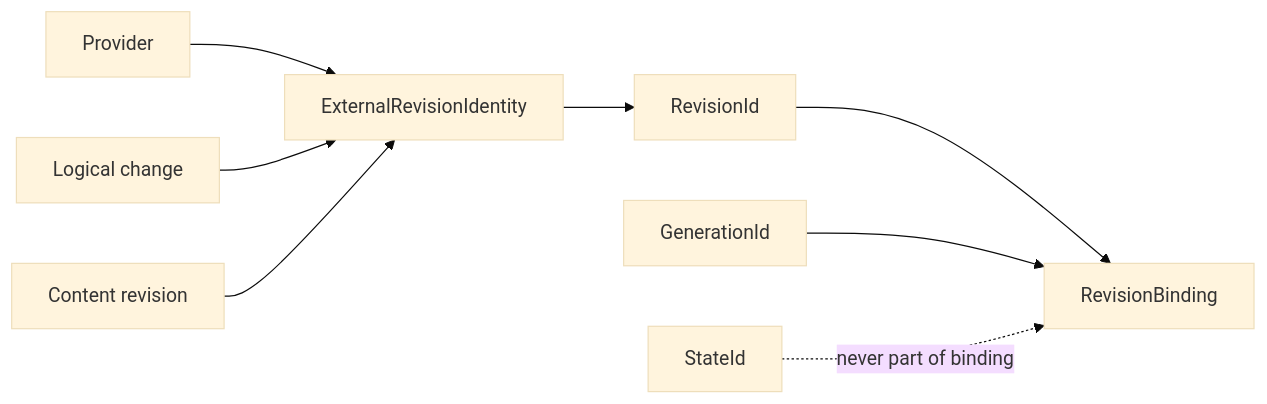
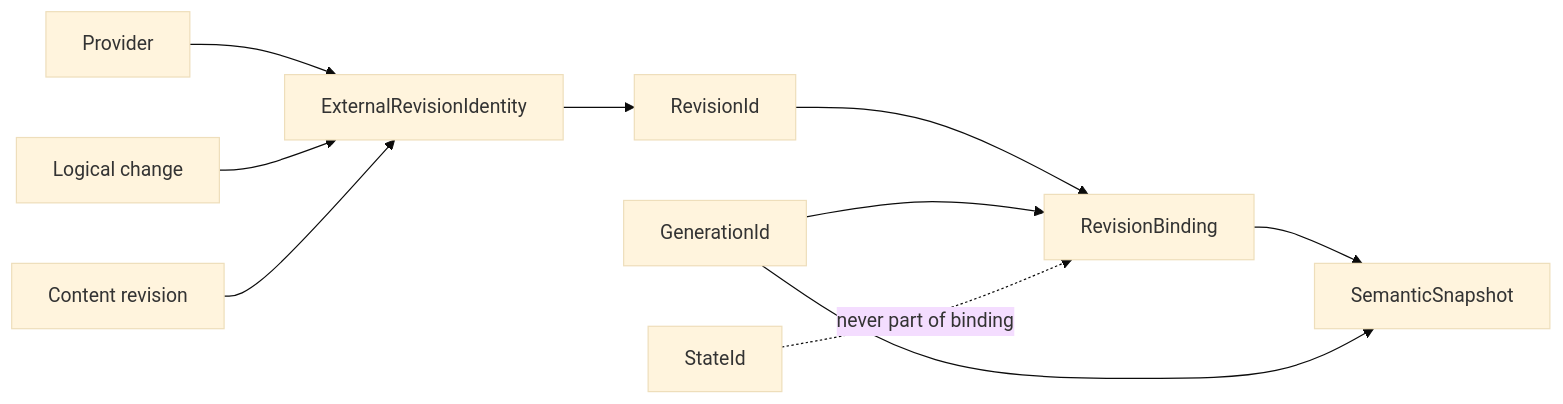
The diagram in docs/architecture/0013-generation-revision-semantics.org (tao3k/meta-relational-reasoning), drawn with Mermaid (base theme) before and after one commit. The commit also changed other lines of this file and 42 other files, not shown here.

```diff
--- a/docs/architecture/0013-generation-revision-semantics.org
+++ b/docs/architecture/0013-generation-revision-semantics.org
@@ -10,10 +10,12 @@
 #+begin_src mermaid
 flowchart LR
   P[Provider] --> E[ExternalRevisionIdentity]
   C[Logical change] --> E
   R[Content revision] --> E
   E --> I[RevisionId]
   I --> B[RevisionBinding]
   G[GenerationId] --> B
+  B --> M[SemanticSnapshot]
+  G --> M
   S[StateId] -. never part of binding .-> B
 #+end_src
```
